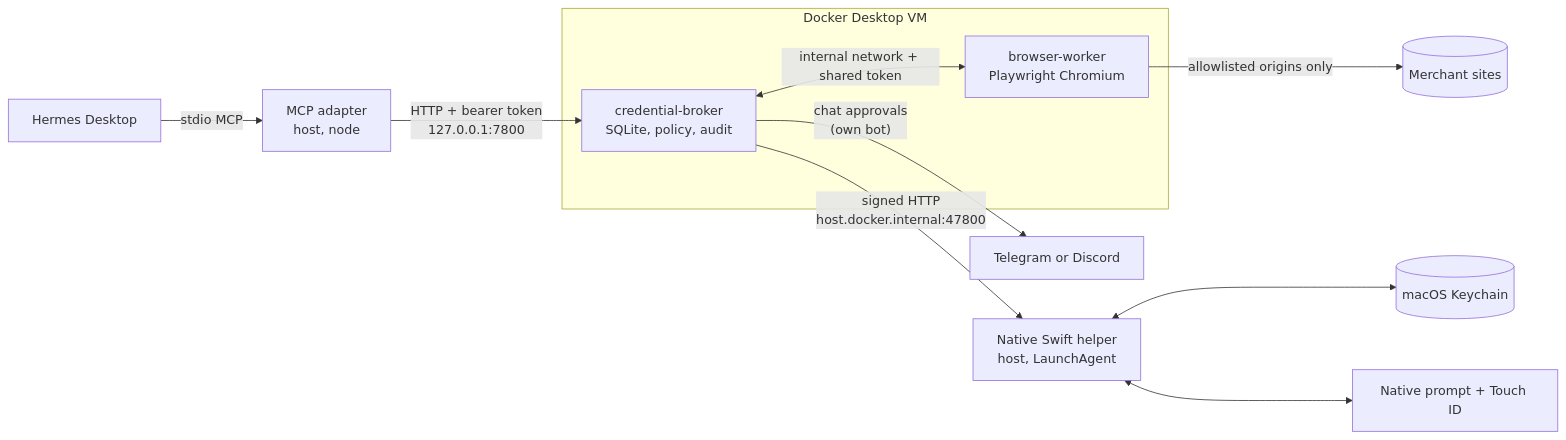
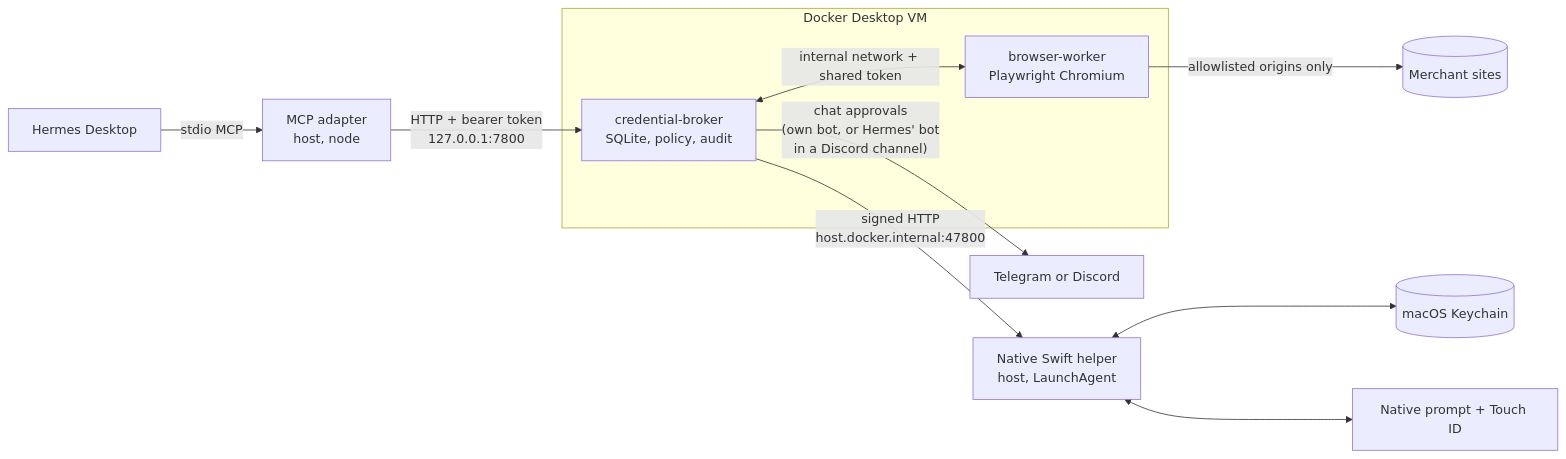
Before and after one commit to wezzcoetzee/hermes-password-manager: the diagram in README.md, drawn with Mermaid. The commit also changed 3 other files, not shown here.

Commit message:
docs(discord): cover Hermes' shared bot in skills and diagrams

````diff
--- a/README.md
+++ b/README.md
@@ -13,15 +13,15 @@
 ```mermaid
 flowchart LR
   H[Hermes Desktop] -- stdio MCP --> A[MCP adapter<br/>host, node]
   A -- "HTTP + bearer token<br/>127.0.0.1:7800" --> B
   subgraph D[Docker Desktop VM]
     B[credential-broker<br/>SQLite, policy, audit]
     W[browser-worker<br/>Playwright Chromium]
     B <-- "internal network + shared token" --> W
   end
   B -- "signed HTTP<br/>host.docker.internal:47800" --> N[Native Swift helper<br/>host, LaunchAgent]
   N <--> K[(macOS Keychain)]
   N <--> P[Native prompt + Touch ID]
-  B -- "chat approvals<br/>(own bot)" --> C[Telegram or Discord]
+  B -- "chat approvals<br/>(own bot, or Hermes' bot<br/>in a Discord channel)" --> C[Telegram or Discord]
   W -- allowlisted origins only --> S[(Merchant sites)]
 ```
````
